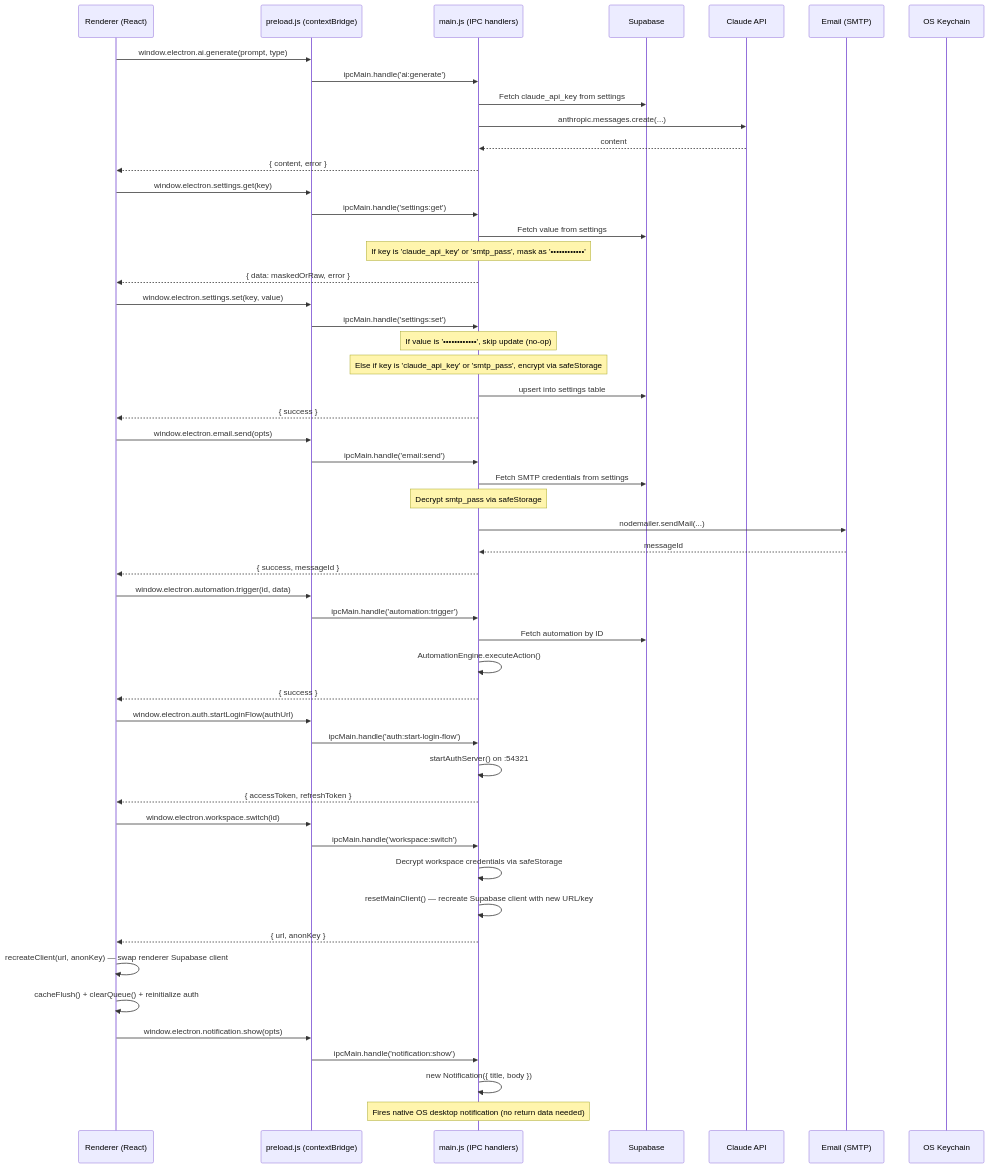
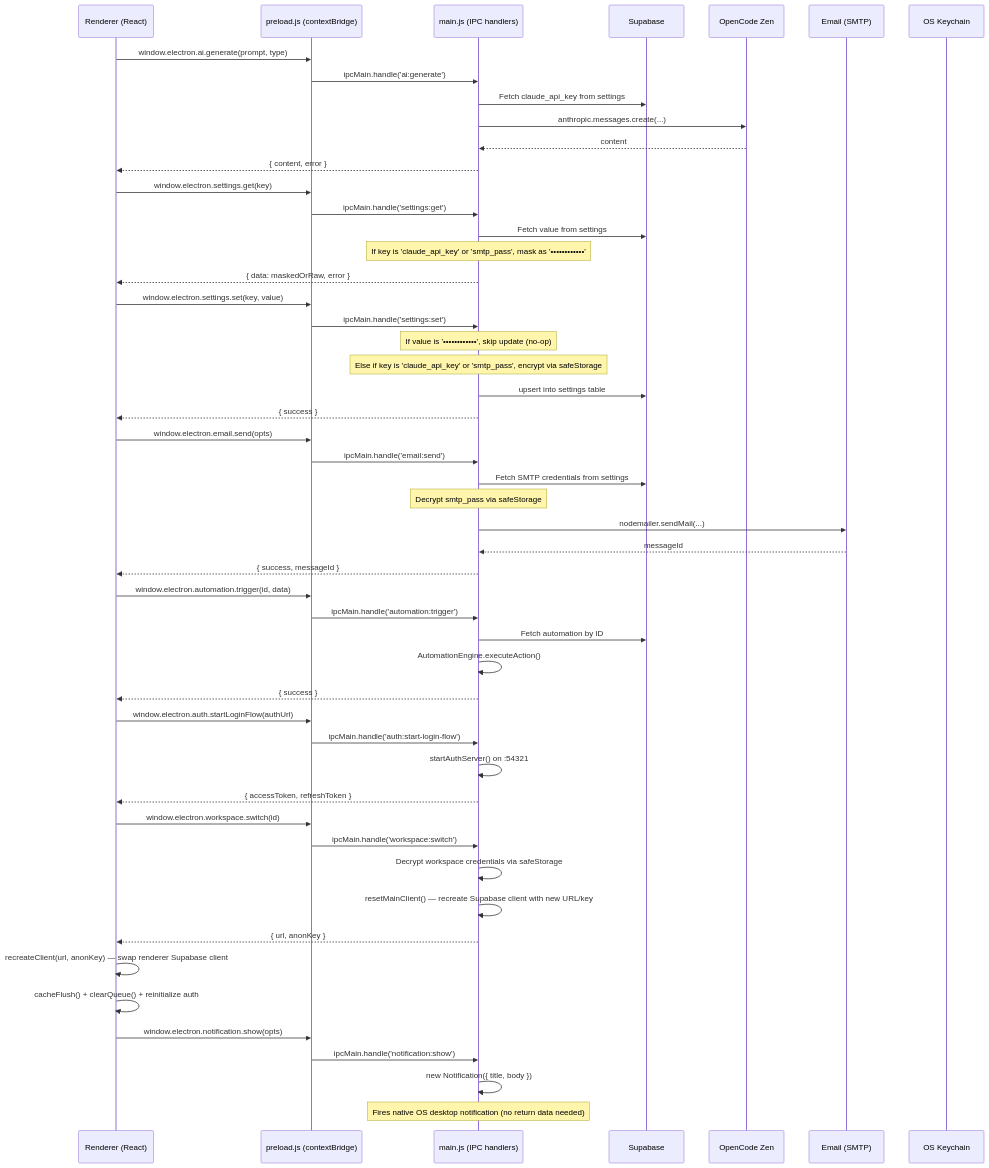
One commit to noorkth2/CommandCenter changed the third of 5 diagrams in CommandCenter_dependency_graph.md. Above: the diagram before and after it, drawn with Mermaid. The commit also changed other lines of this file and 13 other files, not shown here.

Commit message:
feat: migrate AI provider to OpenCode Zen and fix API base URL endpoint

````diff
--- a/CommandCenter_dependency_graph.md
+++ b/CommandCenter_dependency_graph.md
@@ -432,63 +439,63 @@
 ```mermaid
 sequenceDiagram
     participant R as Renderer (React)
     participant P as preload.js (contextBridge)
     participant M as main.js (IPC handlers)
     participant S as Supabase
-    participant C as Claude API
+    participant C as OpenCode Zen
     participant E as Email (SMTP)
     participant OS as OS Keychain
 
     R->>P: window.electron.ai.generate(prompt, type)
     P->>M: ipcMain.handle('ai:generate')
     M->>S: Fetch claude_api_key from settings
     M->>C: anthropic.messages.create(...)
     C-->>M: content
     M-->>R: { content, error }
 
     R->>P: window.electron.settings.get(key)
     P->>M: ipcMain.handle('settings:get')
     M->>S: Fetch value from settings
     Note over M: If key is 'claude_api_key' or 'smtp_pass', mask as '••••••••••••'
     M-->>R: { data: maskedOrRaw, error }
 
     R->>P: window.electron.settings.set(key, value)
     P->>M: ipcMain.handle('settings:set')
     Note over M: If value is '••••••••••••', skip update (no-op)
     Note over M: Else if key is 'claude_api_key' or 'smtp_pass', encrypt via safeStorage
     M->>S: upsert into settings table
     M-->>R: { success }
 
 
     R->>P: window.electron.email.send(opts)
     P->>M: ipcMain.handle('email:send')
     M->>S: Fetch SMTP credentials from settings
     Note over M: Decrypt smtp_pass via safeStorage
     M->>E: nodemailer.sendMail(...)
     E-->>M: messageId
     M-->>R: { success, messageId }
 
     R->>P: window.electron.automation.trigger(id, data)
     P->>M: ipcMain.handle('automation:trigger')
     M->>S: Fetch automation by ID
     M->>M: AutomationEngine.executeAction()
     M-->>R: { success }
 
     R->>P: window.electron.auth.startLoginFlow(authUrl)
     P->>M: ipcMain.handle('auth:start-login-flow')
     M->>M: startAuthServer() on :54321
     M-->>R: { accessToken, refreshToken }
 
     R->>P: window.electron.workspace.switch(id)
     P->>M: ipcMain.handle('workspace:switch')
     M->>M: Decrypt workspace credentials via safeStorage
     M->>M: resetMainClient() — recreate Supabase client with new URL/key
     M-->>R: { url, anonKey }
     R->>R: recreateClient(url, anonKey) — swap renderer Supabase client
     R->>R: cacheFlush() + clearQueue() + reinitialize auth
 
     R->>P: window.electron.notification.show(opts)
     P->>M: ipcMain.handle('notification:show')
     M->>M: new Notification({ title, body })
     Note over M: Fires native OS desktop notification (no return data needed)
 ```
````
